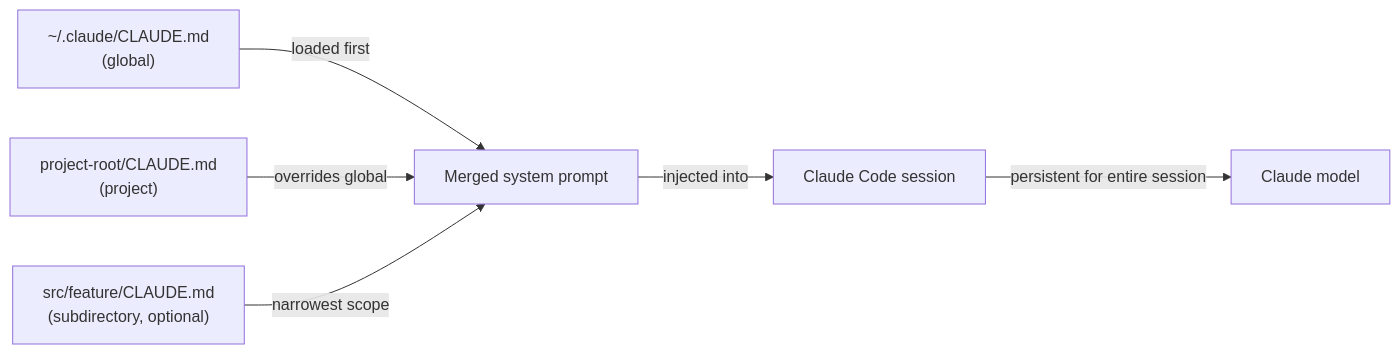
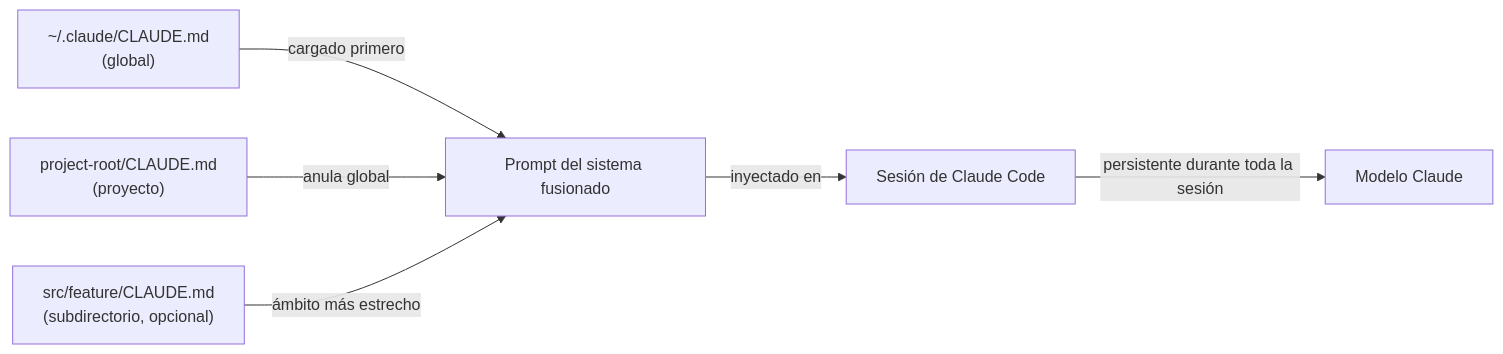
Before and after one commit to EmersonBraun/ai-summary-hub: the diagram in i18n/es/docusaurus-plugin-content-docs/current/claude-code/claude-md.md, drawn with Mermaid. The commit also changed other lines of this file and 178 other files, not shown here.

````diff
--- a/i18n/es/docusaurus-plugin-content-docs/current/claude-code/claude-md.md
+++ b/i18n/es/docusaurus-plugin-content-docs/current/claude-code/claude-md.md
@@ -35,8 +37,8 @@
 ```mermaid
 flowchart LR
-  Global["~/.claude/CLAUDE.md\n(global)"] -->|loaded first| Merge[Merged system prompt]
-  Root["project-root/CLAUDE.md\n(project)"] -->|overrides global| Merge
-  Sub["src/feature/CLAUDE.md\n(subdirectory, optional)"] -->|narrowest scope| Merge
-  Merge -->|injected into| Session[Claude Code session]
-  Session -->|persistent for entire session| LLM[Claude model]
+  Global["~/.claude/CLAUDE.md\n(global)"] -->|cargado primero| Merge[Prompt del sistema fusionado]
+  Root["project-root/CLAUDE.md\n(proyecto)"] -->|anula global| Merge
+  Sub["src/feature/CLAUDE.md\n(subdirectorio, opcional)"] -->|ámbito más estrecho| Merge
+  Merge -->|inyectado en| Session[Sesión de Claude Code]
+  Session -->|persistente durante toda la sesión| LLM[Modelo Claude]
 ```
````
